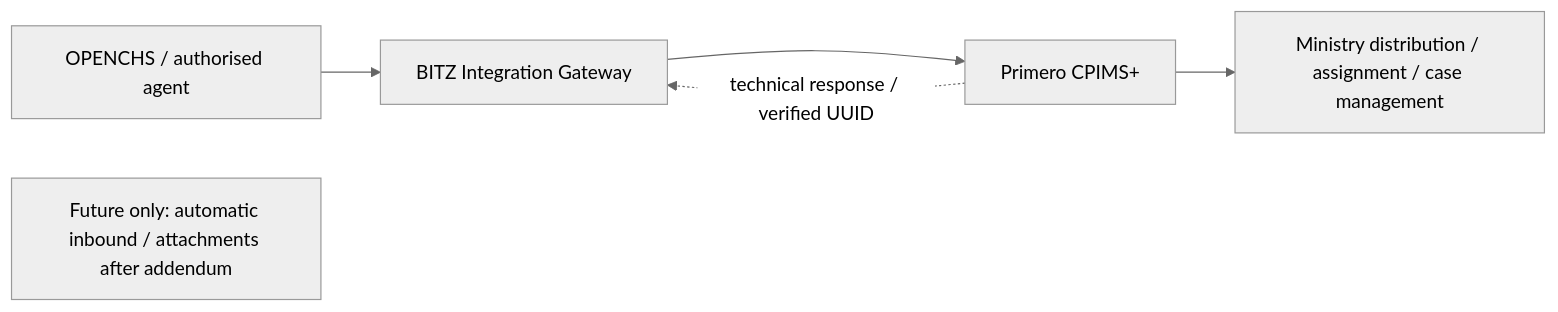
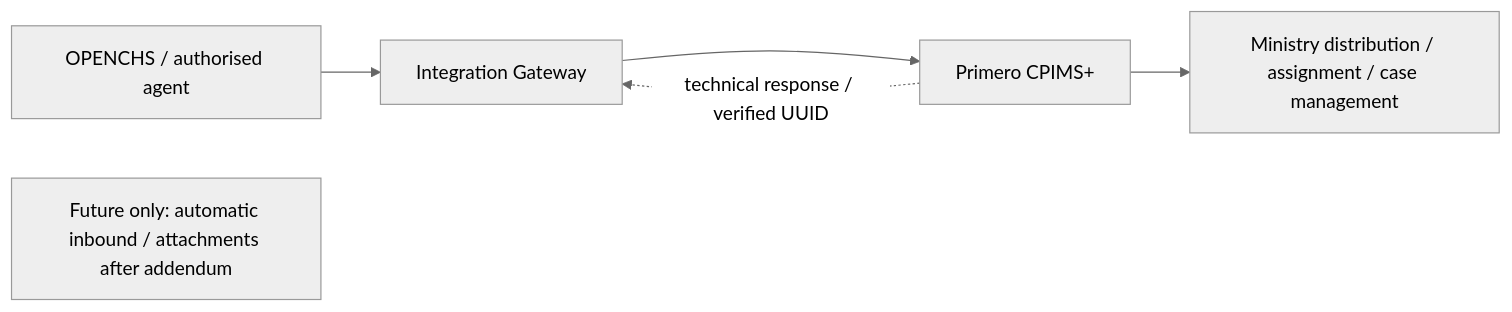
One commit to BITZ-IT-Consulting-LTD/OPENCHS_PRIMERO_PROJECT changed the ninth of 12 diagrams in 01_inception/D1_INCEPTION_REPORT_OPENCHS_PRIMERO_V2.9_FINAL_DRAFT.md. Above: the diagram before and after it, drawn with Mermaid (neutral theme). The commit also changed other lines of this file and 4 other files, not shown here.

````diff
--- a/01_inception/D1_INCEPTION_REPORT_OPENCHS_PRIMERO_V2.9_FINAL_DRAFT.md
+++ b/01_inception/D1_INCEPTION_REPORT_OPENCHS_PRIMERO_V2.9_FINAL_DRAFT.md
@@ -1283,7 +1291,7 @@
 ```mermaid
 flowchart LR
-    A["OPENCHS / authorised agent"] --> B["BITZ Integration Gateway"] --> C["Primero CPIMS+"]
+    A["OPENCHS / authorised agent"] --> B["Integration Gateway"] --> C["Primero CPIMS+"]
     C --> D["Ministry distribution / assignment / case management"]
     C -. "technical response / verified UUID" .-> B
     E["Future only: automatic inbound / attachments after addendum"]
 ```
````
